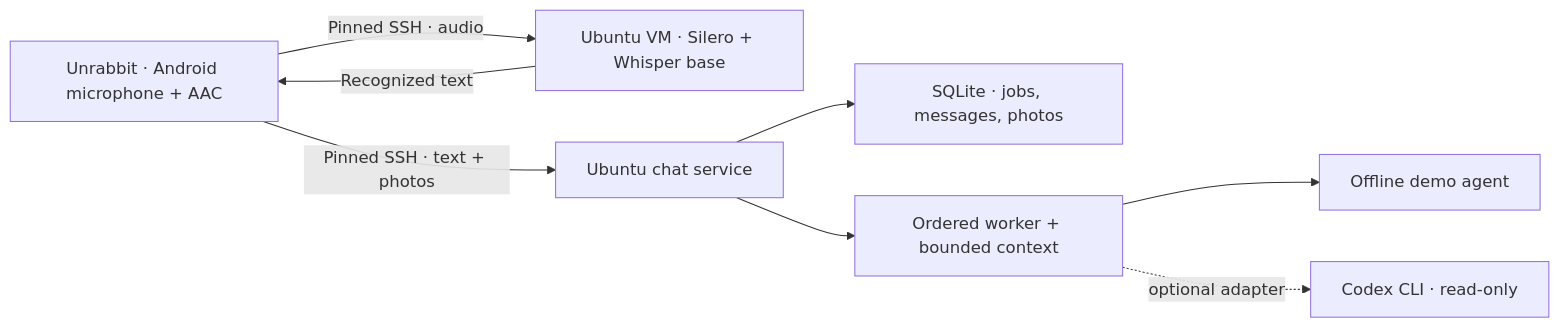
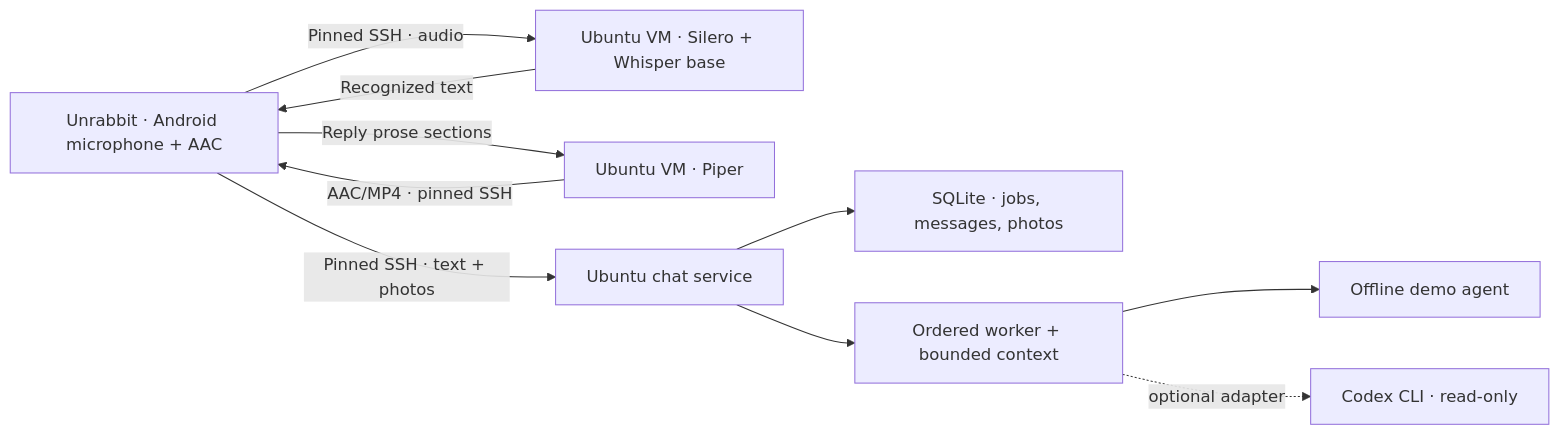
Before and after one commit to philkoerber/unrabbit: the diagram in docs/ARCHITECTURE.md, drawn with Mermaid. The commit also changed other lines of this file and 88 other files, not shown here.

````diff
--- a/docs/ARCHITECTURE.md
+++ b/docs/ARCHITECTURE.md
@@ -7,10 +7,12 @@
 ```mermaid
 flowchart LR
     App["Unrabbit · Android microphone + AAC"] -->|"Pinned SSH · audio"| STT["Ubuntu VM · Silero + Whisper base"]
     STT -->|"Recognized text"| App
+    App -->|"Reply prose sections"| TTS["Ubuntu VM · Piper"]
+    TTS -->|"AAC/MP4 · pinned SSH"| App
     App -->|"Pinned SSH · text + photos"| VM["Ubuntu chat service"]
     VM --> DB["SQLite · jobs, messages, photos"]
     VM --> Worker["Ordered worker + bounded context"]
     Worker --> Demo["Offline demo agent"]
     Worker -. "optional adapter" .-> Codex["Codex CLI · read-only"]
 ```
````
